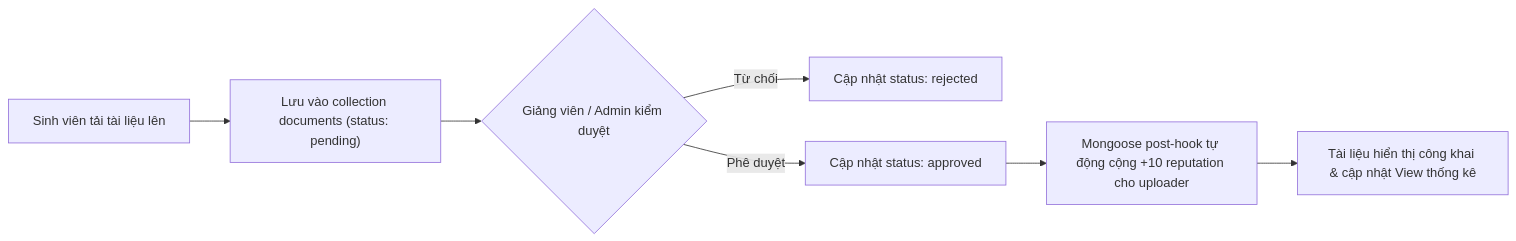
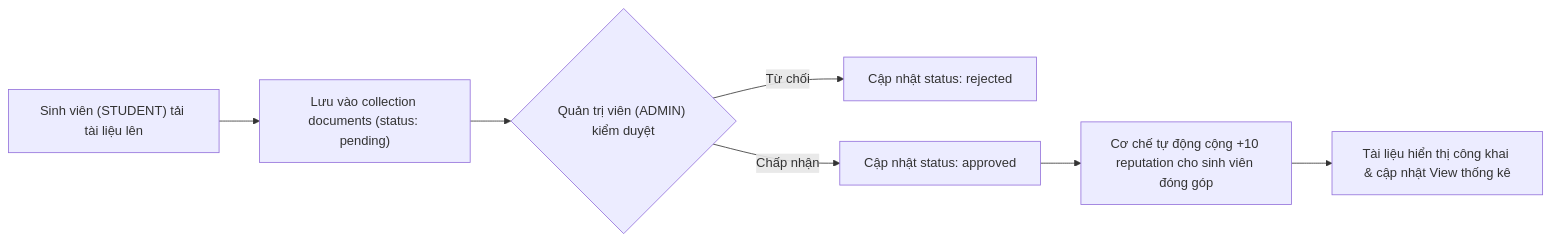
Before and after one commit to thanhpham2k6/edUTT: the second of 3 diagrams in docs/01-system-requirements-specification.md, drawn with Mermaid. The commit also changed other lines of this file and 5 other files, not shown here.

Commit message:
docs(plan): cập nhật bảng phân công CSDL, mô hình 2 tác nhân (STUDENT/ADMIN) và tài khoản DB

````diff
--- a/docs/01-system-requirements-specification.md
+++ b/docs/01-system-requirements-specification.md
@@ -136,9 +143,9 @@
 ```mermaid
 flowchart LR
-    A["Sinh viên tải tài liệu lên"] --> B["Lưu vào collection documents (status: pending)"]
-    B --> C{"Giảng viên / Admin kiểm duyệt"}
+    A["Sinh viên (STUDENT) tải tài liệu lên"] --> B["Lưu vào collection documents (status: pending)"]
+    B --> C{"Quản trị viên (ADMIN) kiểm duyệt"}
     C -- "Từ chối" --> D["Cập nhật status: rejected"]
-    C -- "Phê duyệt" --> E["Cập nhật status: approved"]
-    E --> F["Mongoose post-hook tự động cộng +10 reputation cho uploader"]
+    C -- "Chấp nhận" --> E["Cập nhật status: approved"]
+    E --> F["Cơ chế tự động cộng +10 reputation cho sinh viên đóng góp"]
     F --> G["Tài liệu hiển thị công khai & cập nhật View thống kê"]
 ```
````
